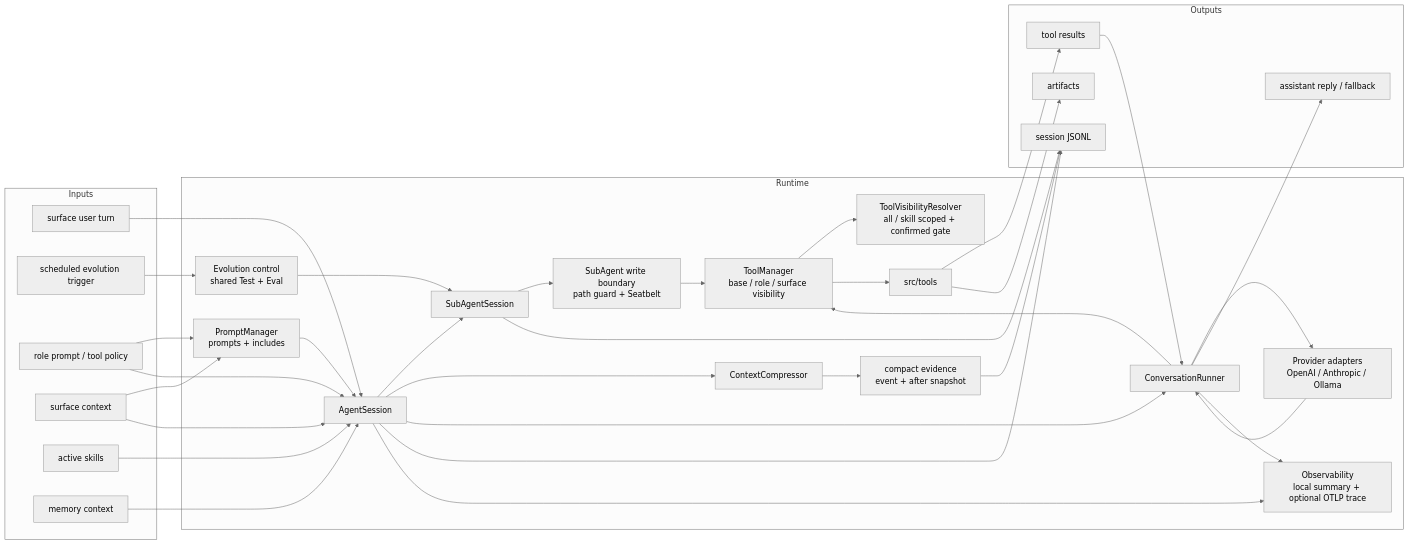
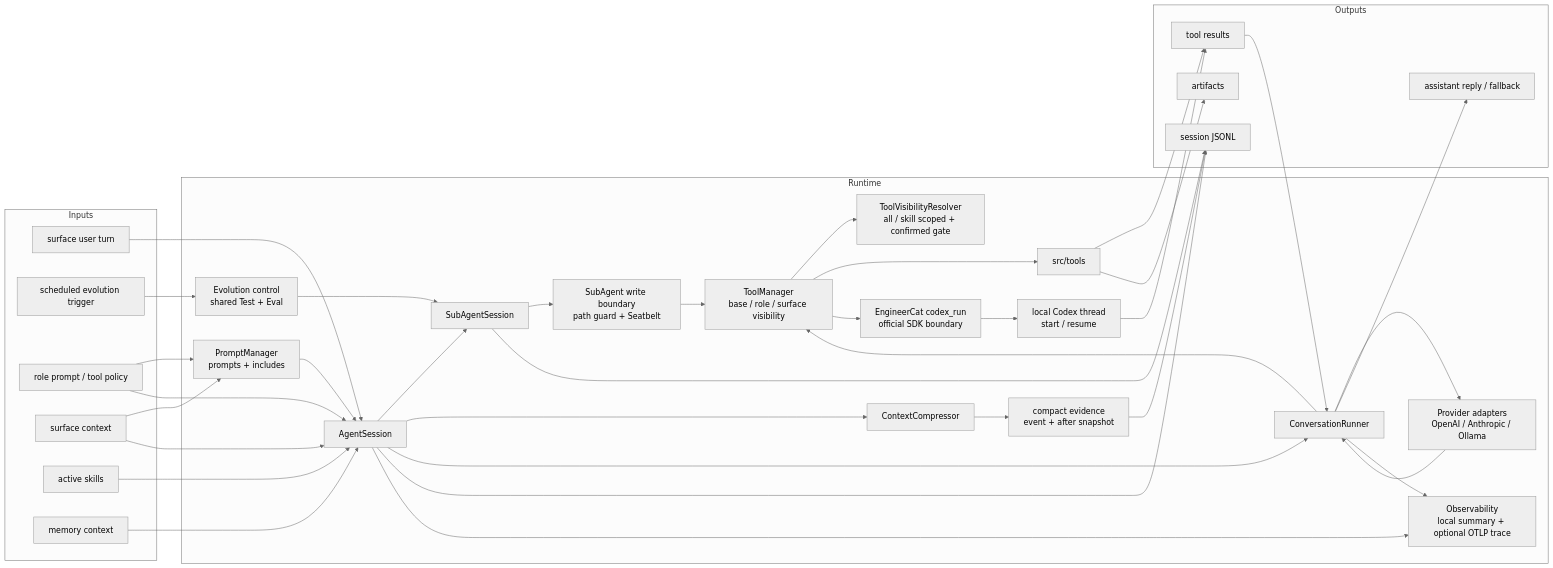
One commit to fightheyyy/xiaobaOS changed the first of 2 diagrams in docs/agent-runtime/SPEC.md. Above: the diagram before and after it, drawn with Mermaid (neutral theme). The commit also changed other lines of this file and 22 other files, not shown here.

Commit message:
Add EngineerCat Codex SDK adapter

````diff
--- a/docs/agent-runtime/SPEC.md
+++ b/docs/agent-runtime/SPEC.md
@@ -55,65 +57,70 @@
 ```mermaid
 flowchart LR
     subgraph Inputs["Inputs"]
         SurfaceTurn["surface user turn"]
         EvolutionTrigger["scheduled evolution trigger"]
         RolePolicy["role prompt / tool policy"]
         SurfaceContext["surface context"]
         SkillPolicy["active skills"]
         Memory["memory context"]
     end
 
     subgraph Runtime["Runtime"]
         Session["AgentSession"]
         Subagent["SubAgentSession"]
         PromptManager["PromptManager<br/>prompts + includes"]
         Compressor["ContextCompressor"]
         Runner["ConversationRunner"]
         Provider["Provider adapters<br/>OpenAI / Anthropic / Ollama"]
         ToolManager["ToolManager<br/>base / role / surface visibility"]
         Visibility["ToolVisibilityResolver<br/>all / skill scoped + confirmed gate"]
         Tools["src/tools"]
         Observability["Observability<br/>local summary + optional OTLP trace"]
         CompactEvidence["compact evidence<br/>event + after snapshot"]
         EvolutionControl["Evolution control<br/>shared Test + Eval"]
         WriteBoundary["SubAgent write boundary<br/>path guard + Seatbelt"]
+        CodexAdapter["EngineerCat codex_run<br/>official SDK boundary"]
+        CodexThread["local Codex thread<br/>start / resume"]
     end
 
     subgraph Outputs["Outputs"]
         Reply["assistant reply / fallback"]
         ToolResults["tool results"]
         SessionLog["session JSONL"]
         Artifacts["artifacts"]
     end
 
     SurfaceTurn --> Session
     EvolutionTrigger --> EvolutionControl
     EvolutionControl --> Subagent
     Session --> Subagent
     Subagent --> WriteBoundary
     WriteBoundary --> ToolManager
     RolePolicy --> PromptManager
     SurfaceContext --> PromptManager
     PromptManager --> Session
     RolePolicy --> Session
     SurfaceContext --> Session
     SkillPolicy --> Session
     Memory --> Session
     Session --> Compressor
     Compressor --> CompactEvidence
     Session --> Runner
     Runner --> Provider
     Provider --> Runner
     Runner --> ToolManager
     ToolManager --> Visibility
     ToolManager --> Tools
+    ToolManager --> CodexAdapter
+    CodexAdapter --> CodexThread
+    CodexThread --> ToolResults
     Tools --> ToolResults
     ToolResults --> Runner
     Runner --> Reply
     Session --> SessionLog
     Subagent --> SessionLog
     Tools --> Artifacts
     Session --> Observability
     Runner --> Observability
     CompactEvidence --> SessionLog
 ```
````
